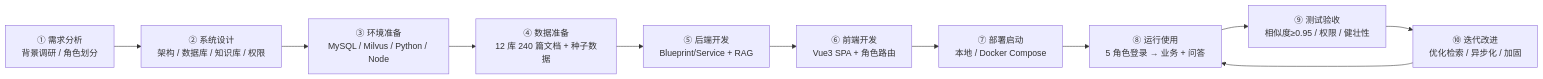
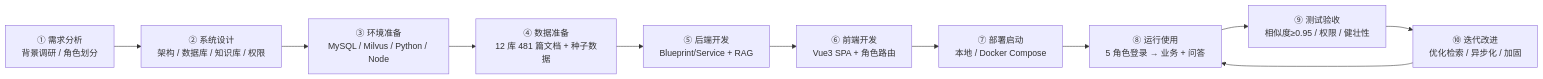
One commit to SFANBLOG/medical-assistant-master changed the first of 14 diagrams in 面试准备/项目完整架构与流程图.md. Above: the diagram before and after it, drawn with Mermaid. The commit also changed other lines of this file and 359 other files, not shown here.

````diff
--- a/面试准备/项目完整架构与流程图.md
+++ b/面试准备/项目完整架构与流程图.md
@@ -28,13 +28,13 @@
 ```mermaid
 flowchart LR
     S1["① 需求分析<br/>背景调研 / 角色划分"] --> S2["② 系统设计<br/>架构 / 数据库 / 知识库 / 权限"]
     S2 --> S3["③ 环境准备<br/>MySQL / Milvus / Python / Node"]
-    S3 --> S4["④ 数据准备<br/>12 库 240 篇文档 + 种子数据"]
+    S3 --> S4["④ 数据准备<br/>12 库 481 篇文档 + 种子数据"]
     S4 --> S5["⑤ 后端开发<br/>Blueprint/Service + RAG"]
     S5 --> S6["⑥ 前端开发<br/>Vue3 SPA + 角色路由"]
     S6 --> S7["⑦ 部署启动<br/>本地 / Docker Compose"]
     S7 --> S8["⑧ 运行使用<br/>5 角色登录 → 业务 + 问答"]
     S8 --> S9["⑨ 测试验收<br/>相似度≥0.95 / 权限 / 健壮性"]
     S9 --> S10["⑩ 迭代改进<br/>优化检索 / 异步化 / 加固"]
     S10 --> S8
 ```
````
